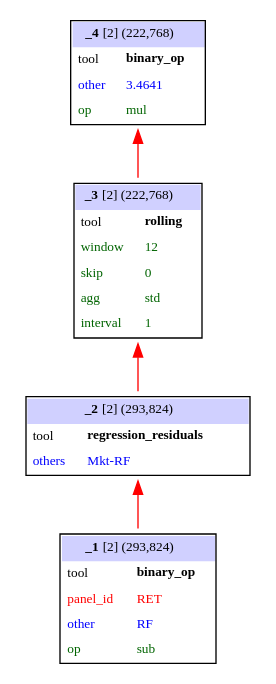
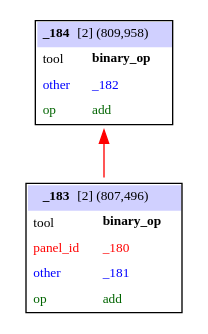
Before and after one commit to terence-lim/quant-agents: the diagram in output/subgraph.dot, drawn with Graphviz. The commit also changed 16 other files, not shown here.

```diff
--- a/output/subgraph.dot
+++ b/output/subgraph.dot
@@ -1,11 +1,7 @@
 digraph PanelGraph {
     rankdir=TB;
     node [shape=plaintext, fontsize=10];
-    "_1" [label=<<table border="1" cellborder="0" cellspacing="0" cellpadding="4"><tr><td colspan="2" bgcolor="#D0D0FF"><b>_1</b> [2] (293,824)</td></tr><tr><td align="left">tool</td><td align="left"><b>binary_op</b></td></tr><tr><td align="left"><font color="red">panel_id</font></td><td align="left"><font color="red">RET</font></td></tr><tr><td align="left"><font color="blue">other</font></td><td align="left"><font color="blue">RF</font></td></tr><tr><td align="left"><font color="darkgreen">op</font></td><td align="left"><font color="darkgreen">sub</font></td></tr></table>>];
-    "_2" [label=<<table border="1" cellborder="0" cellspacing="0" cellpadding="4"><tr><td colspan="2" bgcolor="#D0D0FF"><b>_2</b> [2] (293,824)</td></tr><tr><td align="left">tool</td><td align="left"><b>regression_residuals</b></td></tr><tr><td align="left"><font color="blue">others</font></td><td align="left"><font color="blue">Mkt-RF</font></td></tr></table>>];
-    "_3" [label=<<table border="1" cellborder="0" cellspacing="0" cellpadding="4"><tr><td colspan="2" bgcolor="#D0D0FF"><b>_3</b> [2] (222,768)</td></tr><tr><td align="left">tool</td><td align="left"><b>rolling</b></td></tr><tr><td align="left"><font color="darkgreen">window</font></td><td align="left"><font color="darkgreen">12</font></td></tr><tr><td align="left"><font color="darkgreen">skip</font></td><td align="left"><font color="darkgreen">0</font></td></tr><tr><td align="left"><font color="darkgreen">agg</font></td><td align="left"><font color="darkgreen">std</font></td></tr><tr><td align="left"><font color="darkgreen">interval</font></td><td align="left"><font color="darkgreen">1</font></td></tr></table>>];
-    "_4" [label=<<table border="1" cellborder="0" cellspacing="0" cellpadding="4"><tr><td colspan="2" bgcolor="#D0D0FF"><b>_4</b> [2] (222,768)</td></tr><tr><td align="left">tool</td><td align="left"><b>binary_op</b></td></tr><tr><td align="left"><font color="blue">other</font></td><td align="left"><font color="blue">3.4641</font></td></tr><tr><td align="left"><font color="darkgreen">op</font></td><td align="left"><font color="darkgreen">mul</font></td></tr></table>>];
-    "_2" -> "_1" [dir=back, color="red", fontcolor="red"];
-    "_3" -> "_2" [dir=back, color="red", fontcolor="red"];
-    "_4" -> "_3" [dir=back, color="red", fontcolor="red"];
+    "_183" [label=<<table border="1" cellborder="0" cellspacing="0" cellpadding="4"><tr><td colspan="2" bgcolor="#D0D0FF"><b>_183</b> [2] (807,496)</td></tr><tr><td align="left">tool</td><td align="left"><b>binary_op</b></td></tr><tr><td align="left"><font color="red">panel_id</font></td><td align="left"><font color="red">_180</font></td></tr><tr><td align="left"><font color="blue">other</font></td><td align="left"><font color="blue">_181</font></td></tr><tr><td align="left"><font color="darkgreen">op</font></td><td align="left"><font color="darkgreen">add</font></td></tr></table>>];
+    "_184" [label=<<table border="1" cellborder="0" cellspacing="0" cellpadding="4"><tr><td colspan="2" bgcolor="#D0D0FF"><b>_184</b> [2] (809,958)</td></tr><tr><td align="left">tool</td><td align="left"><b>binary_op</b></td></tr><tr><td align="left"><font color="blue">other</font></td><td align="left"><font color="blue">_182</font></td></tr><tr><td align="left"><font color="darkgreen">op</font></td><td align="left"><font color="darkgreen">add</font></td></tr></table>>];
+    "_184" -> "_183" [dir=back, color="red", fontcolor="red"];
 }
```
